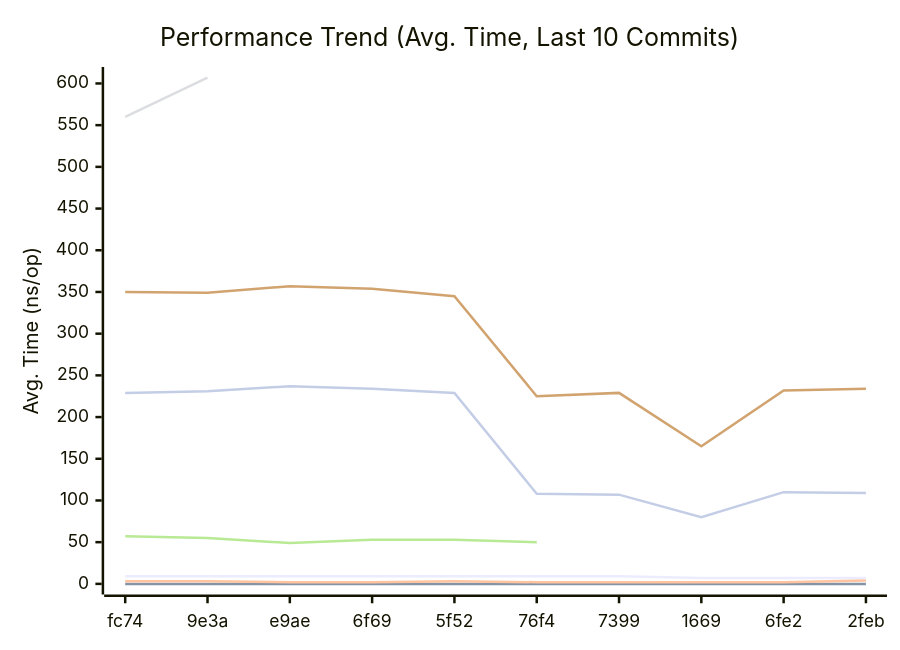
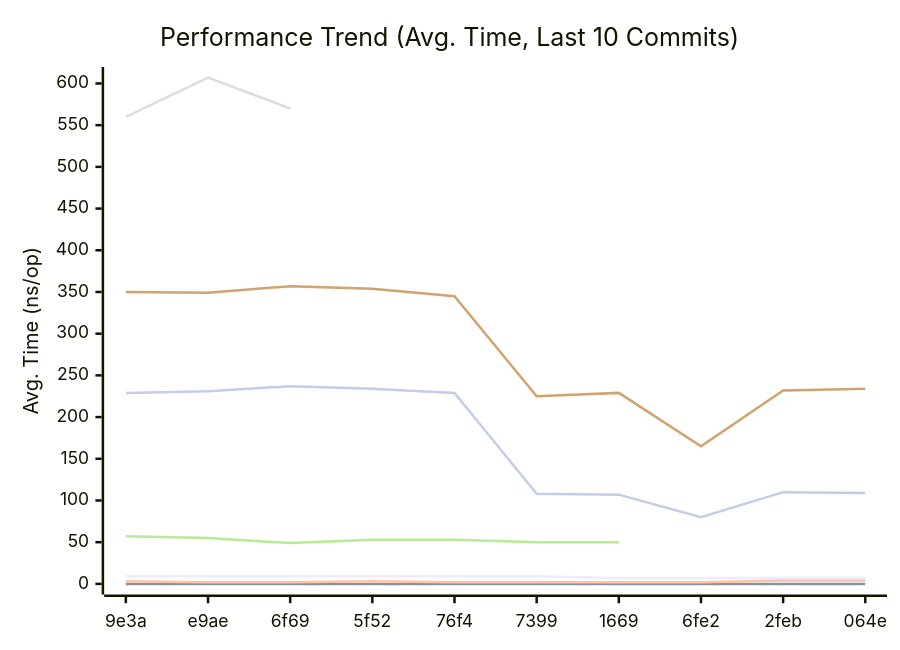
The first of 3 diagrams in doc/README.md (alsotoes/momo), drawn with Mermaid before and after one commit. The commit also changed other lines of this file and 1 other file, not shown here.

````diff
--- a/doc/README.md
+++ b/doc/README.md
@@ -296,14 +296,14 @@
 ```mermaid
 xychart-beta
     title "Performance Trend (Avg. Time, Last 10 Commits)"
     x-axis "Commit"
     y-axis "Avg. Time (ns/op)"
-    x-axis [fc74,9e3a,e9ae,6f69,5f52,76f4,7399,1669,6fe2,2feb]
-    line "CheckMetricsAndSwap" [9,9,9,9,9,9,9,7,7,7]
+    x-axis [9e3a,e9ae,6f69,5f52,76f4,7399,1669,6fe2,2feb,064e]
+    line "CheckMetricsAndSwap" [9,9,9,9,9,9,7,7,7,7]
     line "IndexDirectTracking" [0,0,0,0,0,0,0,0,0,0]
-    line "IndexSearch" [3,3,2,2,3,2,2,2,2,4]
-    line "LoadGlobalConfig" [560,607]
-    line "PadString" [57,55,49,53,53,50]
+    line "IndexSearch" [3,2,2,3,2,2,2,2,4,4]
+    line "LoadGlobalConfig" [560,607,570]
+    line "PadString" [57,55,49,53,53,50,50]
     line "ParseReplicationOrder_NoPrealloc" [350,349,357,354,345,225,229,165,232,234]
     line "ParseReplicationOrder_Prealloc" [229,231,237,234,229,108,107,80,110,109]
 ```
````
